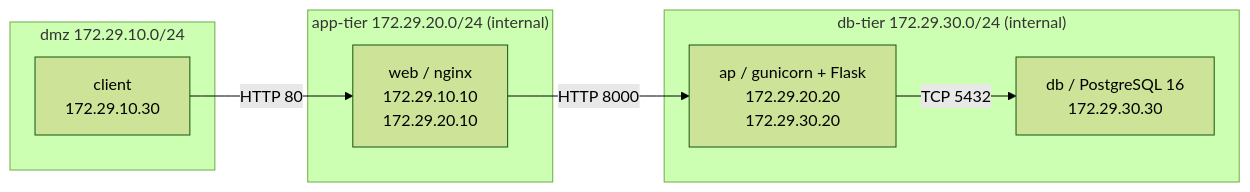
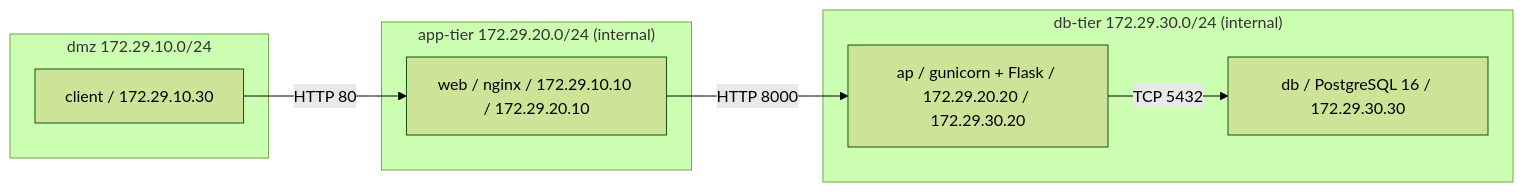
The diagram in labs/three-tier/README.md (ns7jp/server), drawn with Mermaid (forest theme) before and after one commit. The commit also changed 8 other files, not shown here.

Commit message:
Fix Mermaid diagrams on GitHub

````diff
--- a/labs/three-tier/README.md
+++ b/labs/three-tier/README.md
@@ -11,28 +11,22 @@
 ```mermaid
 flowchart LR
-    Client["`client
-    172.29.10.30`"]
-    Web["`web / nginx
-    172.29.10.10
-    172.29.20.10`"]
-    Ap["`ap / gunicorn + Flask
-    172.29.20.20
-    172.29.30.20`"]
-    Db["`db / PostgreSQL 16
-    172.29.30.30`"]
+    Client["client / 172.29.10.30"]
+    Web["web / nginx / 172.29.10.10 / 172.29.20.10"]
+    Ap["ap / gunicorn + Flask / 172.29.20.20 / 172.29.30.20"]
+    Db["db / PostgreSQL 16 / 172.29.30.30"]
 
     Client -->|"HTTP 80"| Web
     Web -->|"HTTP 8000"| Ap
     Ap -->|"TCP 5432"| Db
 
     subgraph dmz["dmz 172.29.10.0/24"]
         Client
     end
     subgraph app["app-tier 172.29.20.0/24 (internal)"]
         Web
     end
     subgraph dbt["db-tier 172.29.30.0/24 (internal)"]
         Ap
         Db
     end
 ```
````
